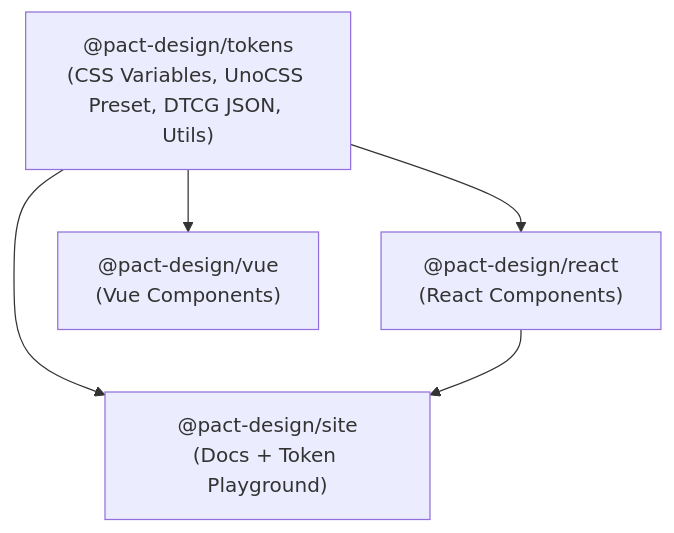
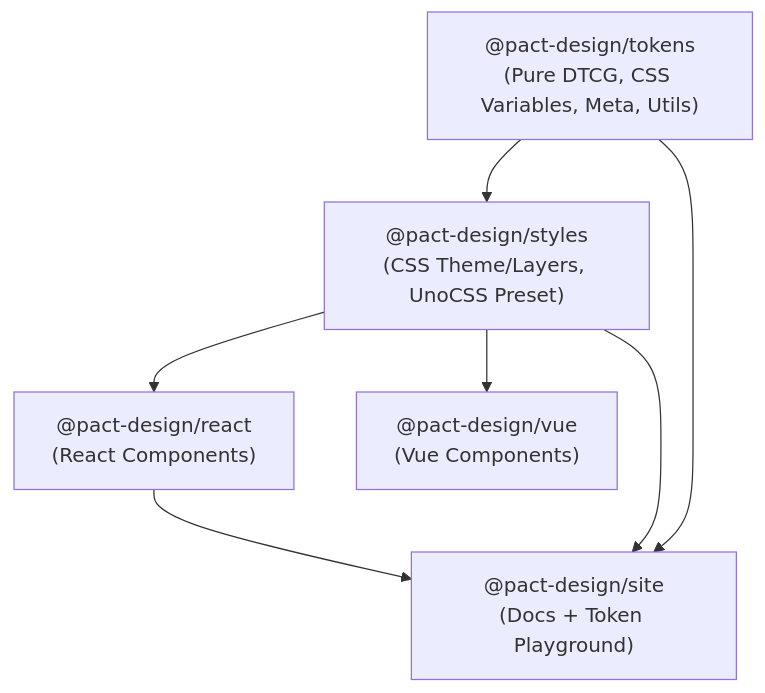
The diagram in docs/repo-structure.md (CodeSH85/Pact-Design), drawn with Mermaid before and after one commit. The commit also changed other lines of this file and 3 other files, not shown here.

Commit message:
ci: wire @pact-design/styles build into workspace scripts, workflows, and docs

````diff
--- a/docs/repo-structure.md
+++ b/docs/repo-structure.md
@@ -98,12 +104,15 @@
 ```mermaid
 flowchart TD
-    Tokens["@pact-design/tokens<br/>(CSS Variables, UnoCSS Preset, DTCG JSON, Utils)"]
+    Tokens["@pact-design/tokens<br/>(Pure DTCG, CSS Variables, Meta, Utils)"]
+    Styles["@pact-design/styles<br/>(CSS Theme/Layers, UnoCSS Preset)"]
     React["@pact-design/react<br/>(React Components)"]
     Vue["@pact-design/vue<br/>(Vue Components)"]
     Site["@pact-design/site<br/>(Docs + Token Playground)"]
 
-    Tokens --> React
-    Tokens --> Vue
+    Tokens --> Styles
+    Styles --> React
+    Styles --> Vue
+    Styles --> Site
     Tokens --> Site
     React --> Site
 ```
````
